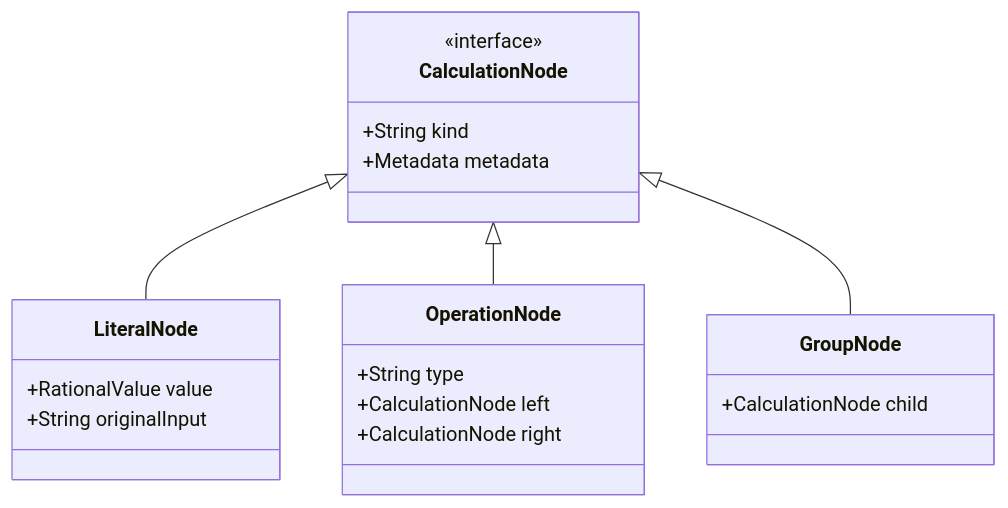
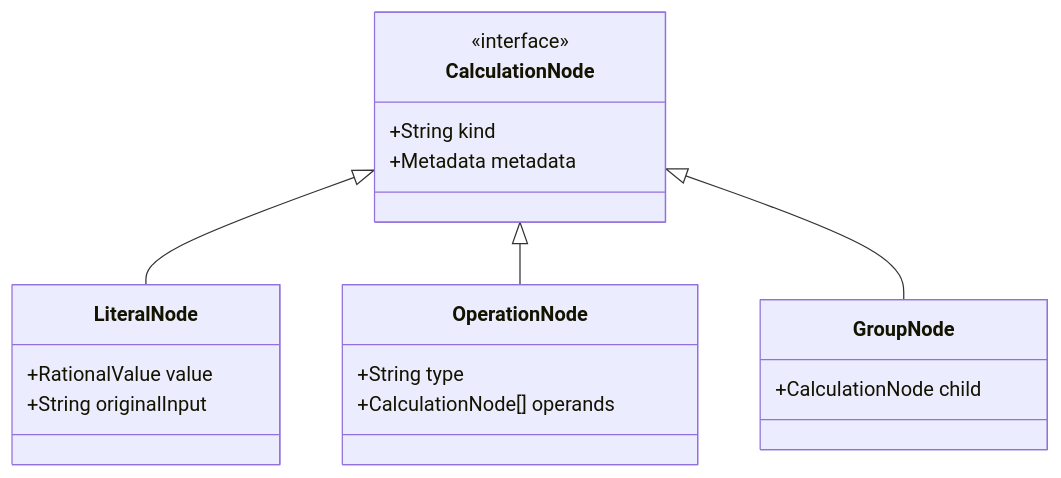
The second of 2 diagrams in wiki/internal-architecture.md (st-all-one/calc-auy), drawn with Mermaid before and after one commit. The commit also changed other lines of this file and 29 other files, not shown here.

````diff
--- a/wiki/internal-architecture.md
+++ b/wiki/internal-architecture.md
@@ -129,23 +129,22 @@
 ```mermaid
 classDiagram
     class CalculationNode {
         <<interface>>
         +String kind
         +Metadata metadata
     }
     class LiteralNode {
         +RationalValue value
         +String originalInput
     }
     class OperationNode {
         +String type
-        +CalculationNode left
-        +CalculationNode right
+        +CalculationNode[] operands
     }
     class GroupNode {
         +CalculationNode child
     }
     CalculationNode <|-- LiteralNode
     CalculationNode <|-- OperationNode
     CalculationNode <|-- GroupNode
 ```
````
